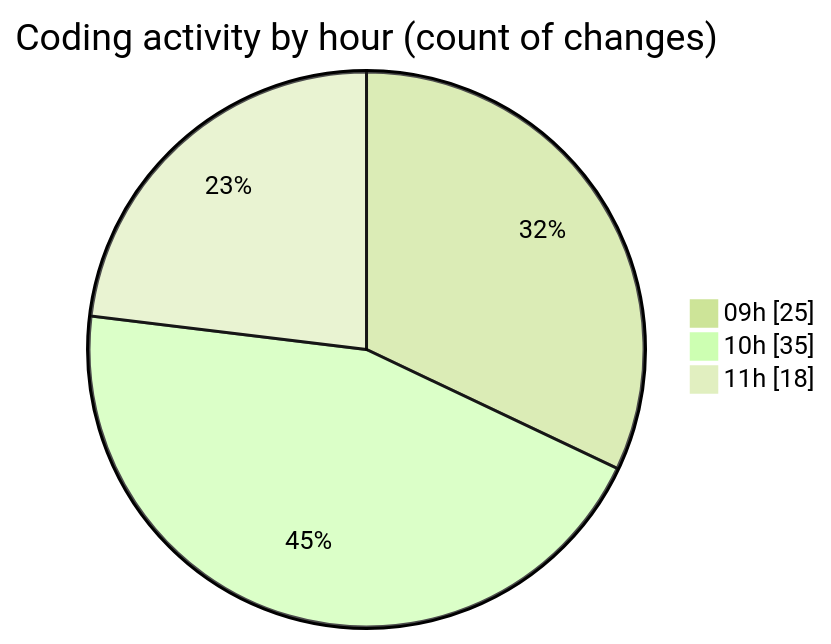
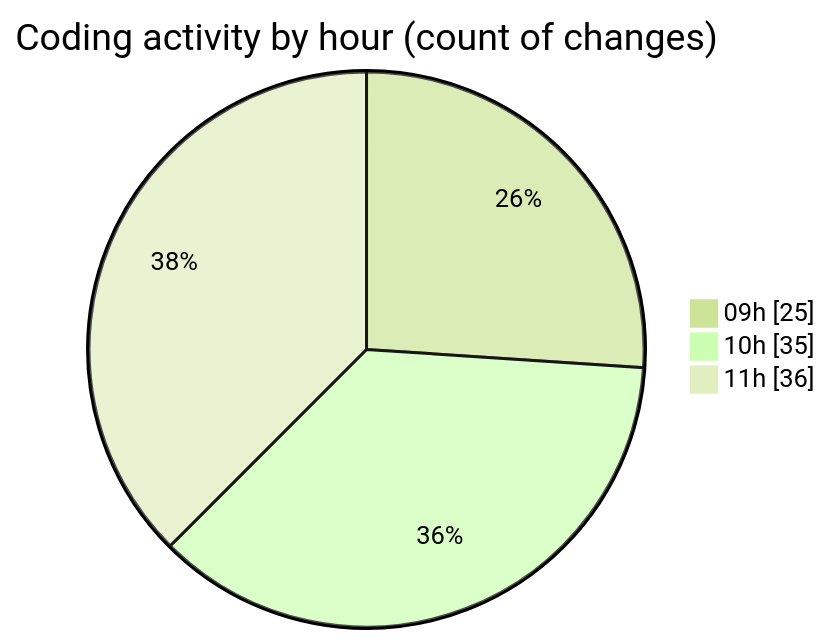
The second of 2 diagrams in 2025-08-22/cda/README.md (momahboobian/code-tracking), drawn with Mermaid (forest theme) before and after one commit. The commit also changed other lines of this file and 1 other file, not shown here.

````diff
--- a/2025-08-22/cda/README.md
+++ b/2025-08-22/cda/README.md
@@ -43,7 +43,7 @@
 ```mermaid
 pie showData
 title Coding activity by hour (count of changes)
 "09h" : 25
 "10h" : 35
-"11h" : 18
+"11h" : 36
 ```
````
